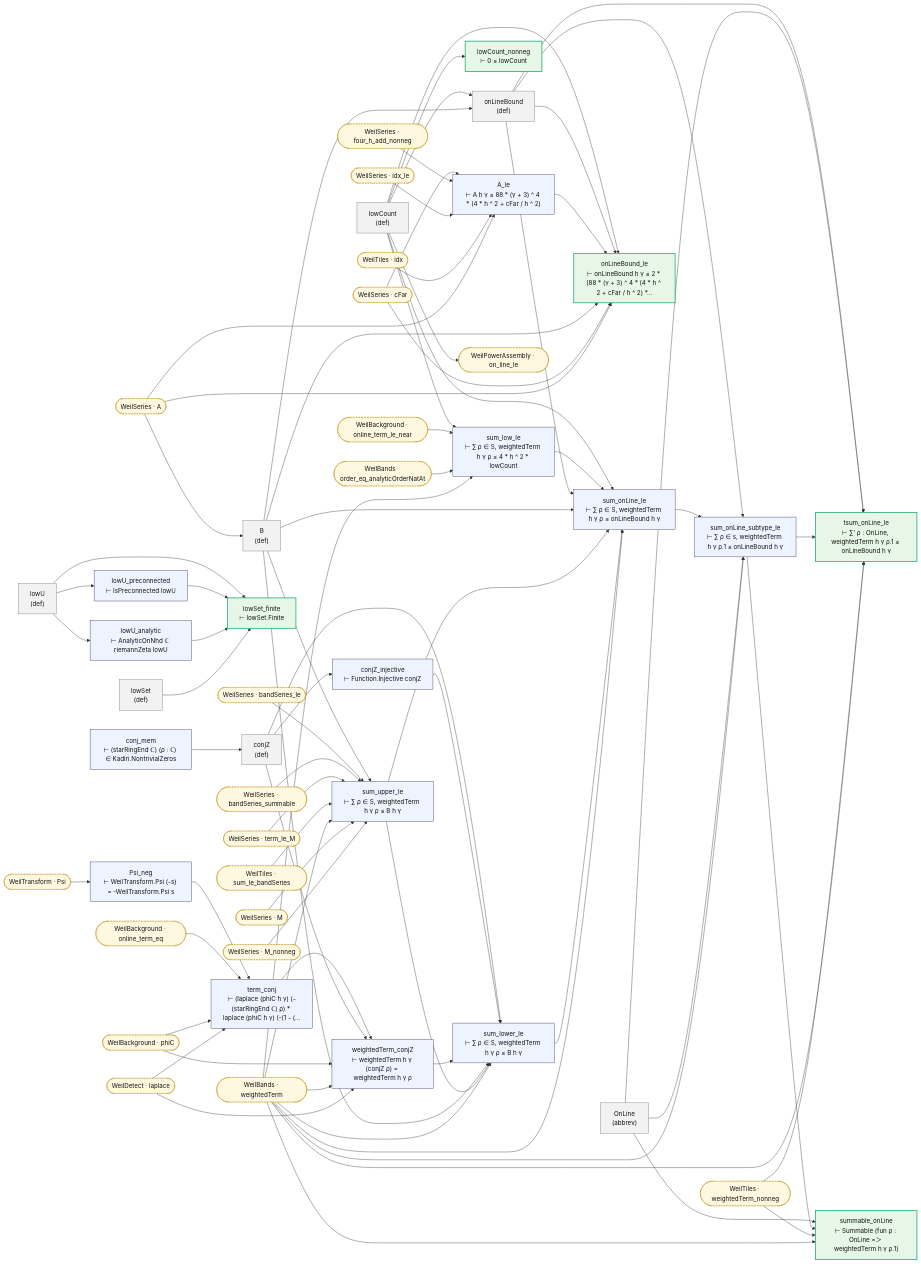
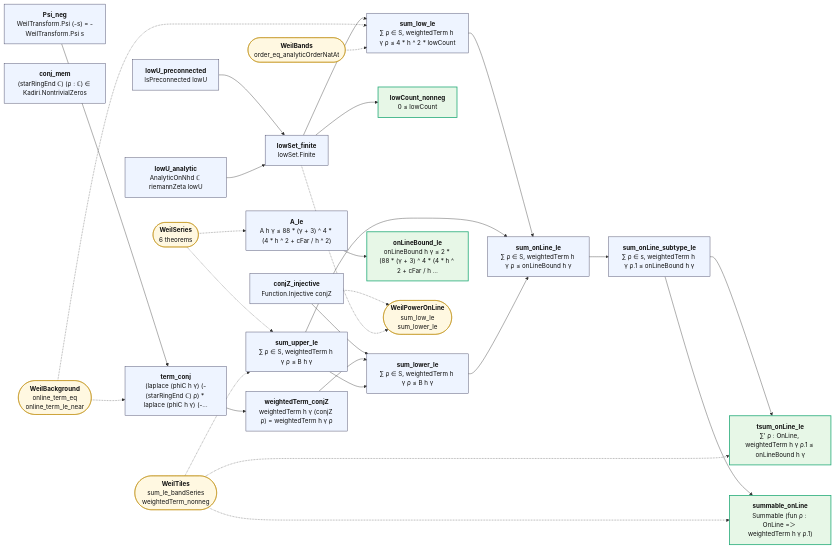
The diagram in map/lean_stage3/WeilOnLine.mmd (juliansambranojr/Primebeat_081426), drawn with Mermaid before and after one commit. The commit also changed 387 other files, not shown here.

```diff
--- a/map/lean_stage3/WeilOnLine.mmd
+++ b/map/lean_stage3/WeilOnLine.mmd
@@ -1,124 +1,55 @@
 flowchart LR
-  n0["Psi_neg<br/>⊢ WeilTransform.Psi (-s) = -WeilTransform.Psi s"]:::thm
-  n1["term_conj<br/>⊢ (laplace (phiC h γ) (-(starRingEnd ℂ) ρ) * laplace (phiC h γ) (-(1 - (…"]:::thm
-  n2["conj_mem<br/>⊢ (starRingEnd ℂ) (ρ : ℂ) ∈ Kadiri.NontrivialZeros"]:::thm
-  n3["conjZ<br/>(def)"]:::dfn
-  n4["conjZ_injective<br/>⊢ Function.Injective conjZ"]:::thm
-  n5["weightedTerm_conjZ<br/>⊢ weightedTerm h γ (conjZ ρ) = weightedTerm h γ ρ"]:::thm
-  n6["B<br/>(def)"]:::dfn
-  n7["sum_upper_le<br/>⊢ ∑ ρ ∈ S, weightedTerm h γ ρ ≤ B h γ"]:::thm
-  n8["sum_lower_le<br/>⊢ ∑ ρ ∈ S, weightedTerm h γ ρ ≤ B h γ"]:::thm
-  n9["lowSet<br/>(def)"]:::dfn
-  n10["lowU<br/>(def)"]:::dfn
-  n11["lowU_preconnected<br/>⊢ IsPreconnected lowU"]:::thm
-  n12["lowU_analytic<br/>⊢ AnalyticOnNhd ℂ riemannZeta lowU"]:::thm
-  n13["lowSet_finite<br/>⊢ lowSet.Finite"]:::end_
-  n14["lowCount<br/>(def)"]:::dfn
-  n15["lowCount_nonneg<br/>⊢ 0 ≤ lowCount"]:::end_
-  n16["sum_low_le<br/>⊢ ∑ ρ ∈ S, weightedTerm h γ ρ ≤ 4 * h ^ 2 * lowCount"]:::thm
-  n17["onLineBound<br/>(def)"]:::dfn
-  n18["sum_onLine_le<br/>⊢ ∑ ρ ∈ S, weightedTerm h γ ρ ≤ onLineBound h γ"]:::thm
-  n19["OnLine<br/>(abbrev)"]:::dfn
-  n20["sum_onLine_subtype_le<br/>⊢ ∑ ρ ∈ s, weightedTerm h γ ρ.1 ≤ onLineBound h γ"]:::thm
-  n21["tsum_onLine_le<br/>⊢ ∑' ρ : OnLine, weightedTerm h γ ρ.1 ≤ onLineBound h γ"]:::end_
-  n22["summable_onLine<br/>⊢ Summable (fun ρ : OnLine =＞ weightedTerm h γ ρ.1)"]:::end_
-  n23["A_le<br/>⊢ A h γ ≤ 88 * (γ + 3) ^ 4 * (4 * h ^ 2 + cFar / h ^ 2)"]:::thm
-  n24["onLineBound_le<br/>⊢ onLineBound h γ ≤ 2 * (88 * (γ + 3) ^ 4 * (4 * h ^ 2 + cFar / h ^ 2) *…"]:::end_
-  x0(["WeilBackground · online_term_eq"]):::ext
-  x1(["WeilBackground · online_term_le_near"]):::ext
-  x2(["WeilBackground · phiC"]):::ext
-  x3(["WeilBands · order_eq_analyticOrderNatAt"]):::ext
-  x4(["WeilBands · weightedTerm"]):::ext
-  x5(["WeilDetect · laplace"]):::ext
-  x6(["WeilPowerAssembly · on_line_le"]):::ext
-  x7(["WeilSeries · A"]):::ext
-  x8(["WeilSeries · M"]):::ext
-  x9(["WeilSeries · M_nonneg"]):::ext
-  x10(["WeilSeries · bandSeries_le"]):::ext
-  x11(["WeilSeries · bandSeries_summable"]):::ext
-  x12(["WeilSeries · cFar"]):::ext
-  x13(["WeilSeries · four_h_add_nonneg"]):::ext
-  x14(["WeilSeries · idx_le"]):::ext
-  x15(["WeilSeries · term_le_M"]):::ext
-  x16(["WeilTiles · idx"]):::ext
-  x17(["WeilTiles · sum_le_bandSeries"]):::ext
-  x18(["WeilTiles · weightedTerm_nonneg"]):::ext
-  x19(["WeilTransform · Psi"]):::ext
+  n0["<b>Psi_neg</b><br/>WeilTransform.Psi (-s) = -WeilTransform.Psi s"]:::thm
+  n1["<b>term_conj</b><br/>(laplace (phiC h γ) (-(starRingEnd ℂ) ρ) * laplace (phiC h γ) (-…"]:::thm
+  n2["<b>conj_mem</b><br/>(starRingEnd ℂ) (ρ : ℂ) ∈ Kadiri.NontrivialZeros"]:::thm
+  n3["<b>conjZ_injective</b><br/>Function.Injective conjZ"]:::thm
+  n4["<b>weightedTerm_conjZ</b><br/>weightedTerm h γ (conjZ ρ) = weightedTerm h γ ρ"]:::thm
+  n5["<b>sum_upper_le</b><br/>∑ ρ ∈ S, weightedTerm h γ ρ ≤ B h γ"]:::thm
+  n6["<b>sum_lower_le</b><br/>∑ ρ ∈ S, weightedTerm h γ ρ ≤ B h γ"]:::thm
+  n7["<b>lowU_preconnected</b><br/>IsPreconnected lowU"]:::thm
+  n8["<b>lowU_analytic</b><br/>AnalyticOnNhd ℂ riemannZeta lowU"]:::thm
+  n9["<b>lowSet_finite</b><br/>lowSet.Finite"]:::thm
+  n10["<b>lowCount_nonneg</b><br/>0 ≤ lowCount"]:::end_
+  n11["<b>sum_low_le</b><br/>∑ ρ ∈ S, weightedTerm h γ ρ ≤ 4 * h ^ 2 * lowCount"]:::thm
+  n12["<b>sum_onLine_le</b><br/>∑ ρ ∈ S, weightedTerm h γ ρ ≤ onLineBound h γ"]:::thm
+  n13["<b>sum_onLine_subtype_le</b><br/>∑ ρ ∈ s, weightedTerm h γ ρ.1 ≤ onLineBound h γ"]:::thm
+  n14["<b>tsum_onLine_le</b><br/>∑' ρ : OnLine, weightedTerm h γ ρ.1 ≤ onLineBound h γ"]:::end_
+  n15["<b>summable_onLine</b><br/>Summable (fun ρ : OnLine =＞ weightedTerm h γ ρ.1)"]:::end_
+  n16["<b>A_le</b><br/>A h γ ≤ 88 * (γ + 3) ^ 4 * (4 * h ^ 2 + cFar / h ^ 2)"]:::thm
+  n17["<b>onLineBound_le</b><br/>onLineBound h γ ≤ 2 * (88 * (γ + 3) ^ 4 * (4 * h ^ 2 + cFar / h …"]:::end_
+  x0(["<b>WeilBackground</b><br/>online_term_eq<br/>online_term_le_near"]):::ext
+  x1(["<b>WeilPowerOnLine</b><br/>sum_low_le<br/>sum_lower_le"]):::ext
+  x2(["<b>WeilSeries</b><br/>6 theorems"]):::ext
+  x3(["<b>WeilTiles</b><br/>sum_le_bandSeries<br/>weightedTerm_nonneg"]):::ext
+  x4(["<b>WeilBands</b><br/>order_eq_analyticOrderNatAt"]):::ext
   n0 --> n1
-  n1 --> n5
-  n10 --> n11
-  n10 --> n12
-  n10 --> n13
-  n11 --> n13
+  n1 --> n4
+  n11 --> n12
   n12 --> n13
-  n14 --> n15
-  n14 --> n16
-  n14 --> n17
-  n14 --> n18
-  n14 --> n24
-  n14 --> x6
-  n16 --> n18
-  n17 --> n18
-  n17 --> n20
-  n17 --> n21
-  n17 --> n24
-  n18 --> n20
-  n19 --> n20
-  n19 --> n21
-  n19 --> n22
-  n2 --> n3
-  n20 --> n21
-  n20 --> n22
-  n23 --> n24
-  n3 --> n4
-  n3 --> n5
-  n3 --> n8
-  n4 --> n8
-  n5 --> n8
-  n6 --> n17
-  n6 --> n18
-  n6 --> n24
-  n6 --> n7
-  n6 --> n8
-  n7 --> n18
-  n7 --> n8
-  n8 --> n18
-  n9 --> n13
-  x0 --> n1
-  x1 --> n16
-  x10 --> n7
-  x11 --> n7
-  x12 --> n23
-  x12 --> n24
-  x13 --> n23
-  x14 --> n23
-  x15 --> n7
-  x16 --> n23
-  x17 --> n7
-  x18 --> n21
-  x18 --> n22
-  x19 --> n0
-  x2 --> n1
-  x2 --> n5
-  x3 --> n16
-  x4 --> n16
-  x4 --> n18
-  x4 --> n20
-  x4 --> n21
-  x4 --> n22
-  x4 --> n5
-  x4 --> n7
-  x4 --> n8
-  x5 --> n1
-  x5 --> n5
-  x7 --> n23
-  x7 --> n24
-  x7 --> n6
-  x8 --> n7
-  x9 --> n7
+  n13 --> n14
+  n13 --> n15
+  n16 --> n17
+  n3 --> n6
+  n4 --> n6
+  n5 --> n12
+  n5 --> n6
+  n6 --> n12
+  n7 --> n9
+  n8 --> n9
+  n9 --> n10
+  n9 --> n11
+  n3 -.-> x1
+  n9 -.-> x1
+  x0 -.-> n1
+  x0 -.-> n11
+  x2 -.-> n16
+  x2 -.-> n5
+  x3 -.-> n14
+  x3 -.-> n15
+  x3 -.-> n5
+  x4 -.-> n11
   classDef thm fill:#eef4ff,stroke:#335,color:#111
-  classDef dfn fill:#f2f2f2,stroke:#777,color:#111
   classDef end_ fill:#e7f7e7,stroke:#2a7,color:#111,stroke-width:2px
   classDef lone fill:#fff,stroke:#999,color:#111,stroke-dasharray:4 3
   classDef bad fill:#ffe5e5,stroke:#c22,color:#111,stroke-width:2px
-  classDef ext fill:#fff8e1,stroke:#b80,color:#111,stroke-dasharray:2 2
+  classDef ext fill:#fff8e1,stroke:#b80,color:#111
```
